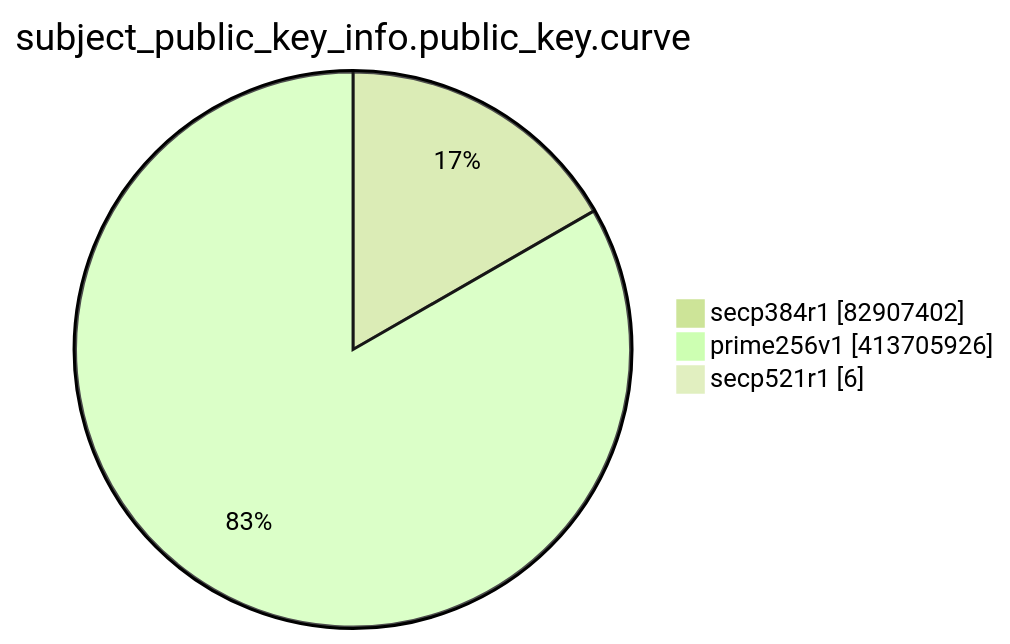
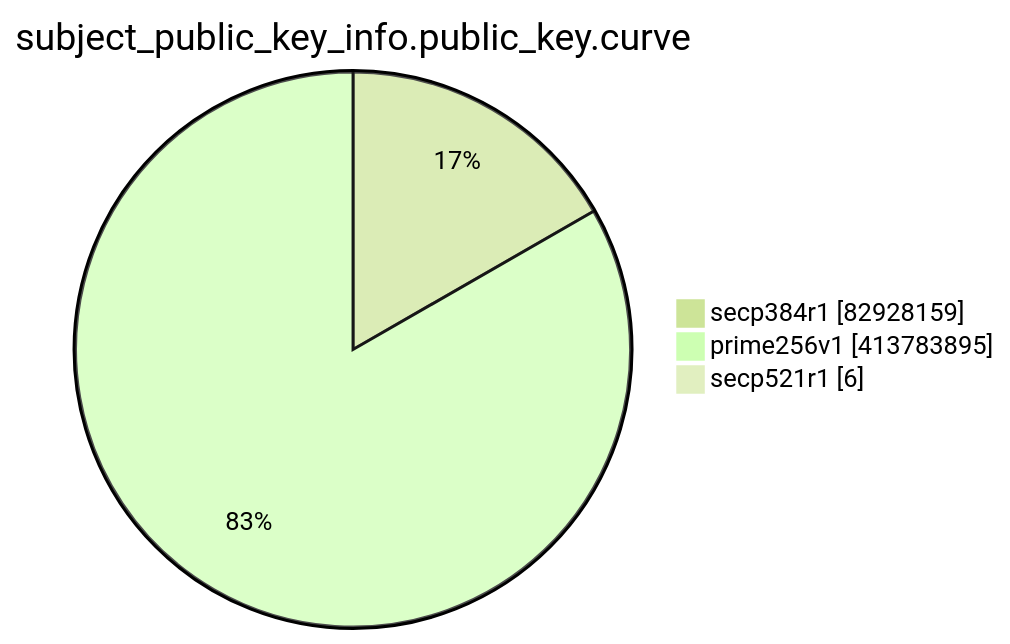
One commit to christiankrug/ctmonitor_visualization changed the eighth of 15 diagrams in TOTAL/README.md. Above: the diagram before and after it, drawn with Mermaid (forest theme). The commit also changed other lines of this file, not shown here.

````diff
--- a/TOTAL/README.md
+++ b/TOTAL/README.md
@@ -3098,7 +3098,7 @@
 ```mermaid
 pie showData
 title subject_public_key_info.public_key.curve
-"secp384r1" :82907402
-"prime256v1" :413705926
+"secp384r1" :82928159
+"prime256v1" :413783895
 "secp521r1" :6
 ```
````
